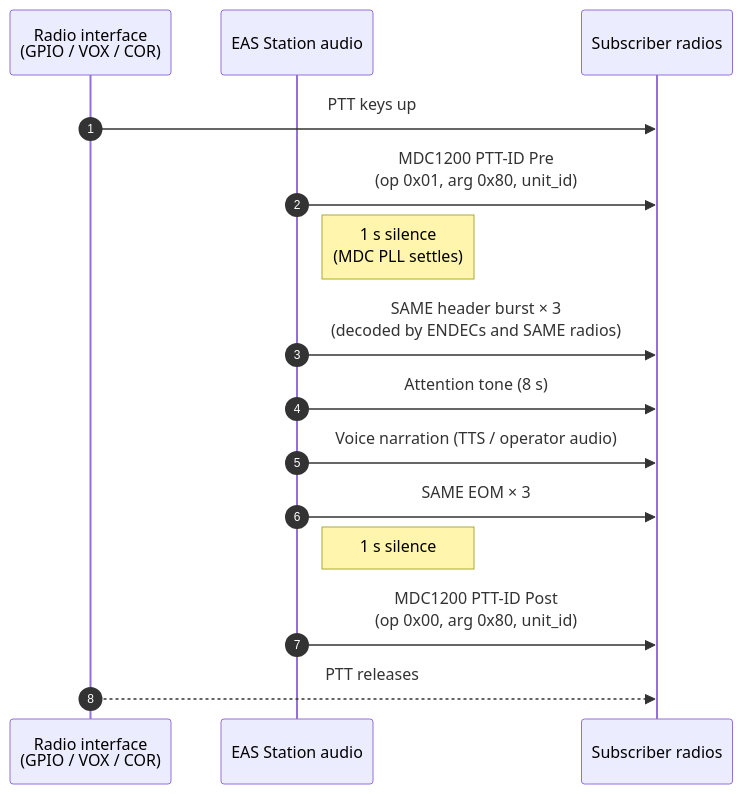
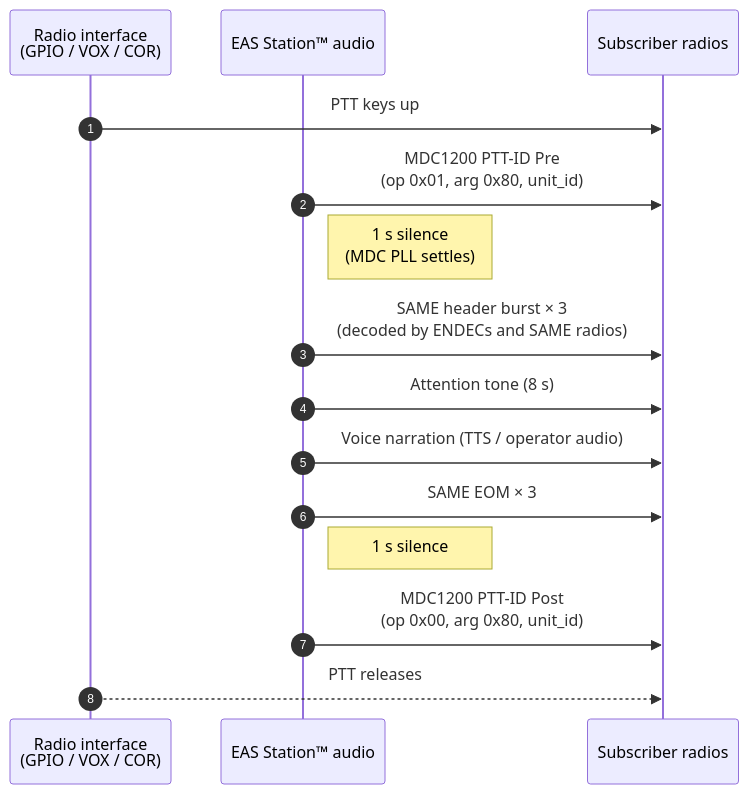
Before and after one commit to KR8MER/eas-station: the first of 4 diagrams in docs/reference/protocols/MDC1200.md, drawn with Mermaid. The commit also changed other lines of this file and 164 other files, not shown here.

First line of the commit message:
docs: normalize project name to "EAS Station™" everywhere

````diff
--- a/docs/reference/protocols/MDC1200.md
+++ b/docs/reference/protocols/MDC1200.md
@@ -32,18 +32,18 @@
 ```mermaid
 sequenceDiagram
     autonumber
     participant Iface as Radio interface<br/>(GPIO / VOX / COR)
-    participant Sta as EAS Station audio
+    participant Sta as EAS Station™ audio
     participant Sub as Subscriber radios
 
     Iface->>Sub: PTT keys up
     Sta->>Sub: MDC1200 PTT-ID Pre<br/>(op 0x01, arg 0x80, unit_id)
     Note right of Sta: 1 s silence<br/>(MDC PLL settles)
     Sta->>Sub: SAME header burst × 3<br/>(decoded by ENDECs and SAME radios)
     Sta->>Sub: Attention tone (8 s)
     Sta->>Sub: Voice narration (TTS / operator audio)
     Sta->>Sub: SAME EOM × 3
     Note right of Sta: 1 s silence
     Sta->>Sub: MDC1200 PTT-ID Post<br/>(op 0x00, arg 0x80, unit_id)
     Iface-->>Sub: PTT releases
 ```
````
